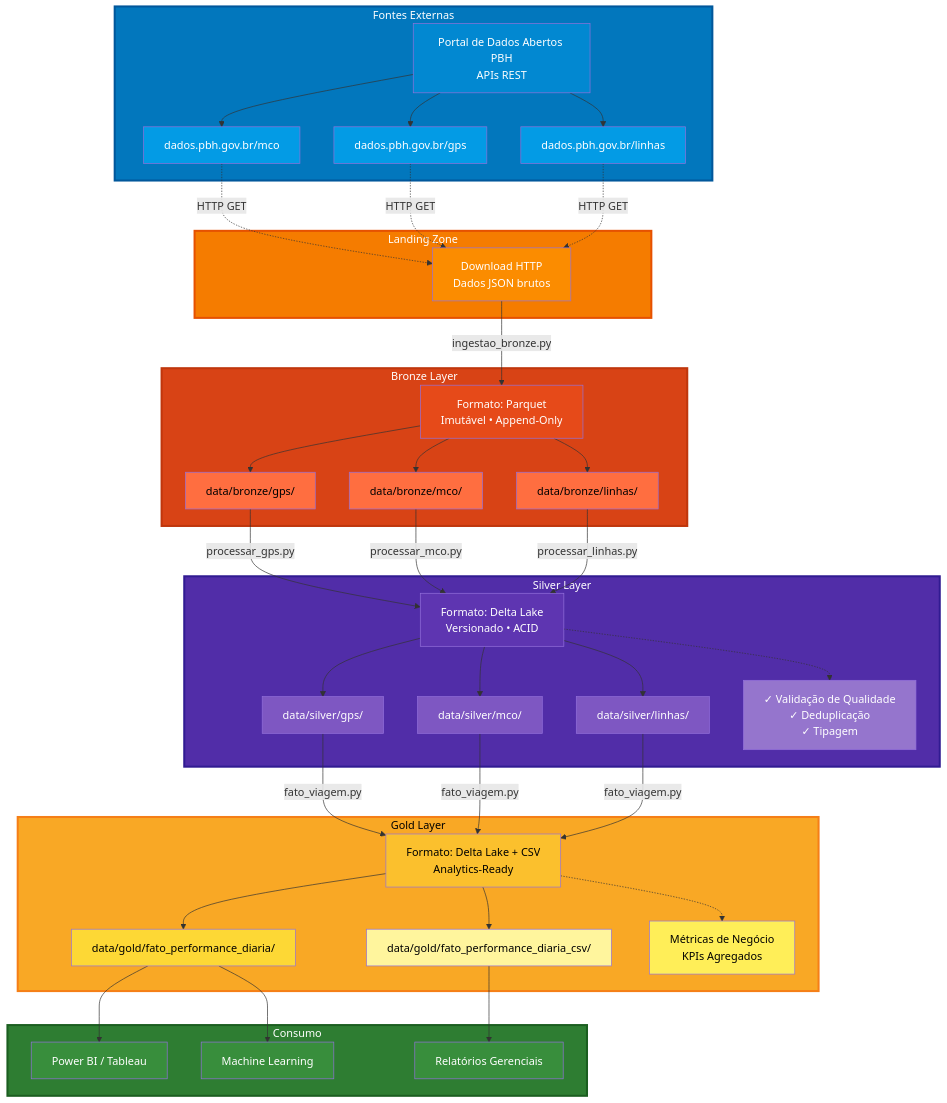
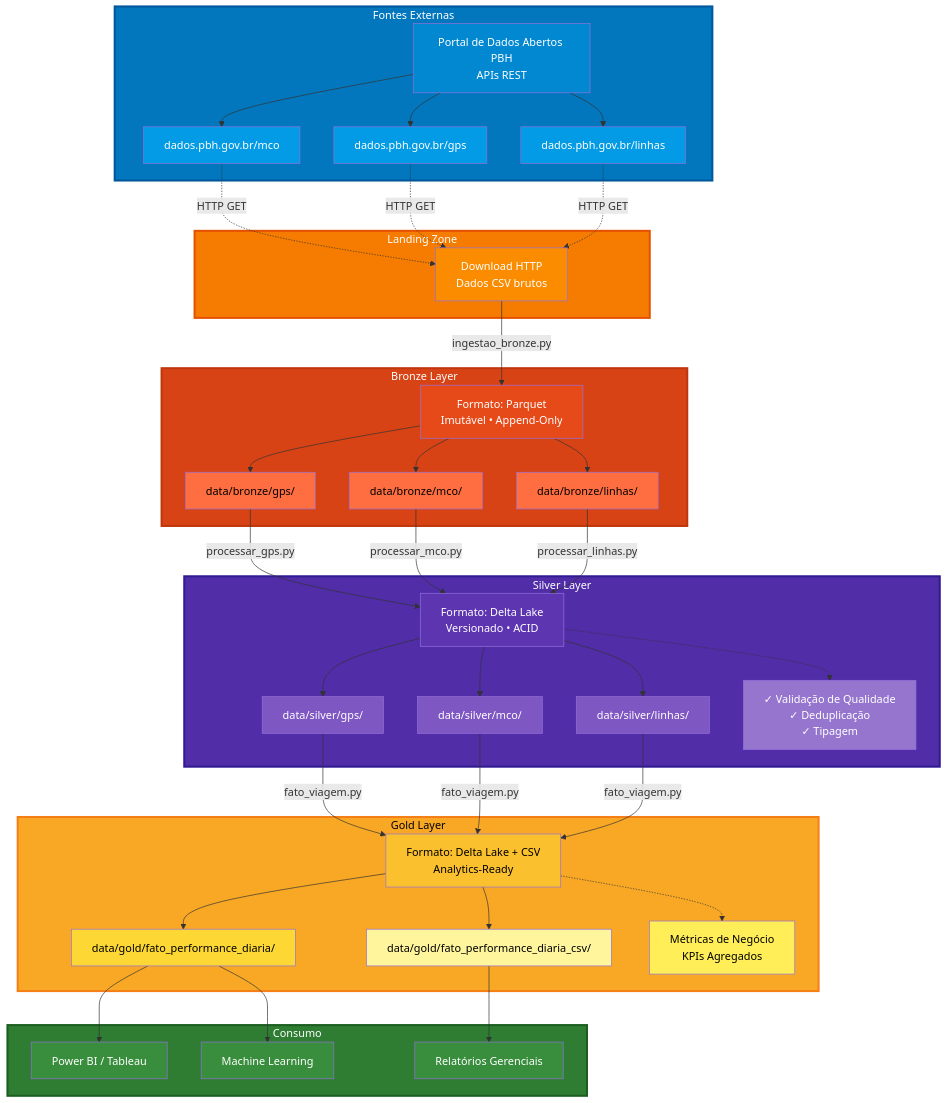
Before and after one commit to ZariTen/projeto-dados-pl: the first of 2 diagrams in README.md, drawn with Mermaid.

Commit message:
Atualizar descrição do fluxo

```diff
--- a/README.md
+++ b/README.md
@@ -43,7 +43,7 @@
     end
     
     subgraph LANDING["Landing Zone"]
-        DOWN["Download HTTP<br/>Dados JSON brutos"]
+        DOWN["Download HTTP<br/>Dados CSV brutos"]
     end
     
     subgraph BRONZE["Bronze Layer"]
```
